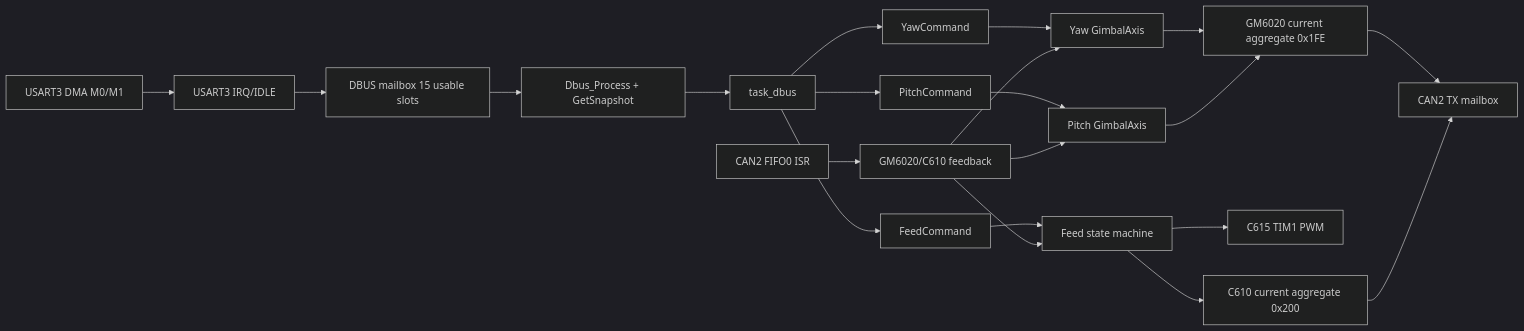
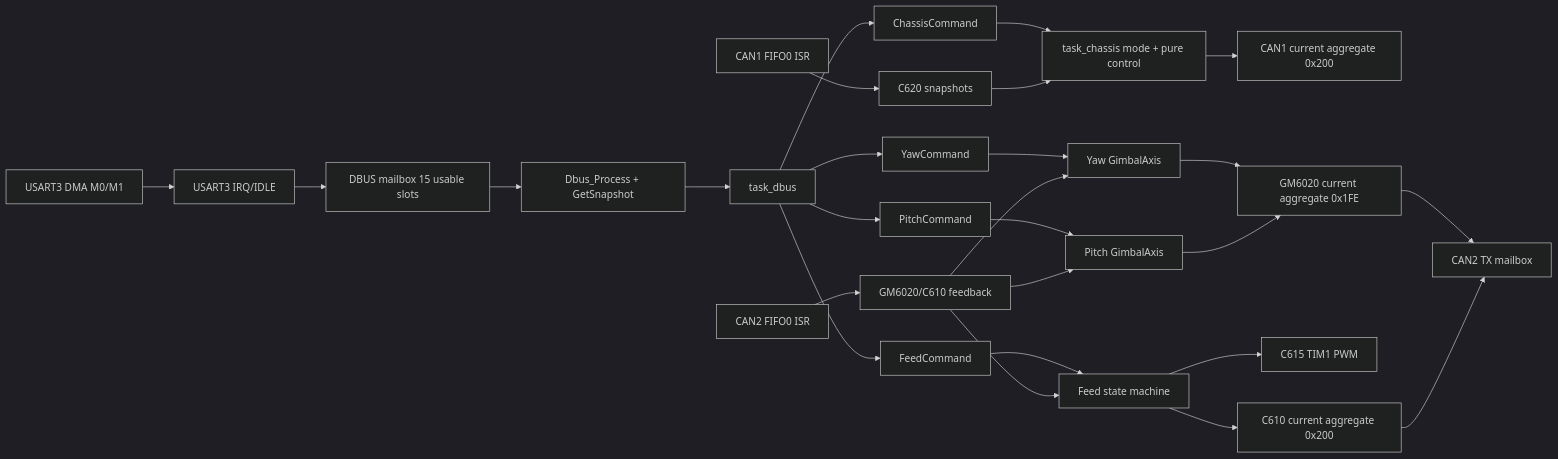
Before and after one commit to RUOLINGDADA/Robomaster-for-VS-Code-Studying: the diagram in yuntai/yuntai/doc/TECHNICAL_ARCHITECTURE.md, drawn with Mermaid (dark theme). The commit also changed other lines of this file and 43 other files, not shown here.

````diff
--- a/yuntai/yuntai/doc/TECHNICAL_ARCHITECTURE.md
+++ b/yuntai/yuntai/doc/TECHNICAL_ARCHITECTURE.md
@@ -744,23 +758,28 @@
 ```mermaid
 flowchart LR
   D[USART3 DMA M0/M1] --> I[USART3 IRQ/IDLE]
   I --> M[DBUS mailbox 15 usable slots]
   M --> P[Dbus_Process + GetSnapshot]
   P --> T[task_dbus]
   T --> Y[YawCommand]
   T --> Q[PitchCommand]
   T --> F[FeedCommand]
+  T --> H[ChassisCommand]
+  C1[CAN1 FIFO0 ISR] --> R[C620 snapshots]
+  H --> HC[task_chassis mode + pure control]
+  R --> HC
+  HC --> HT[CAN1 current aggregate 0x200]
   C[CAN2 FIFO0 ISR] --> G[GM6020/C610 feedback]
   Y --> YA[Yaw GimbalAxis]
   Q --> PA[Pitch GimbalAxis]
   G --> YA
   G --> PA
   YA --> GC[GM6020 current aggregate 0x1FE]
   PA --> GC
   F --> FS[Feed state machine]
   G --> FS
   FS --> PW[C615 TIM1 PWM]
   FS --> CF[C610 current aggregate 0x200]
   GC --> B[CAN2 TX mailbox]
   CF --> B
 ```
````
